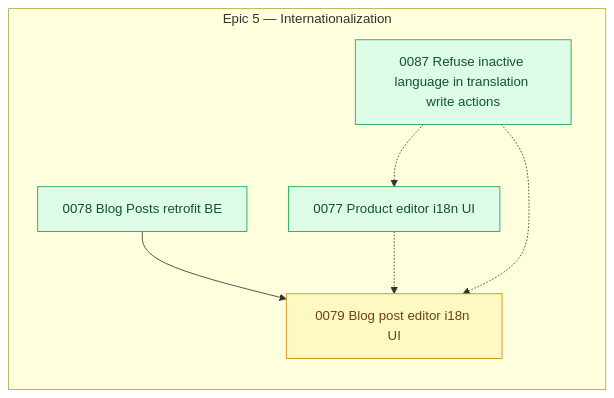
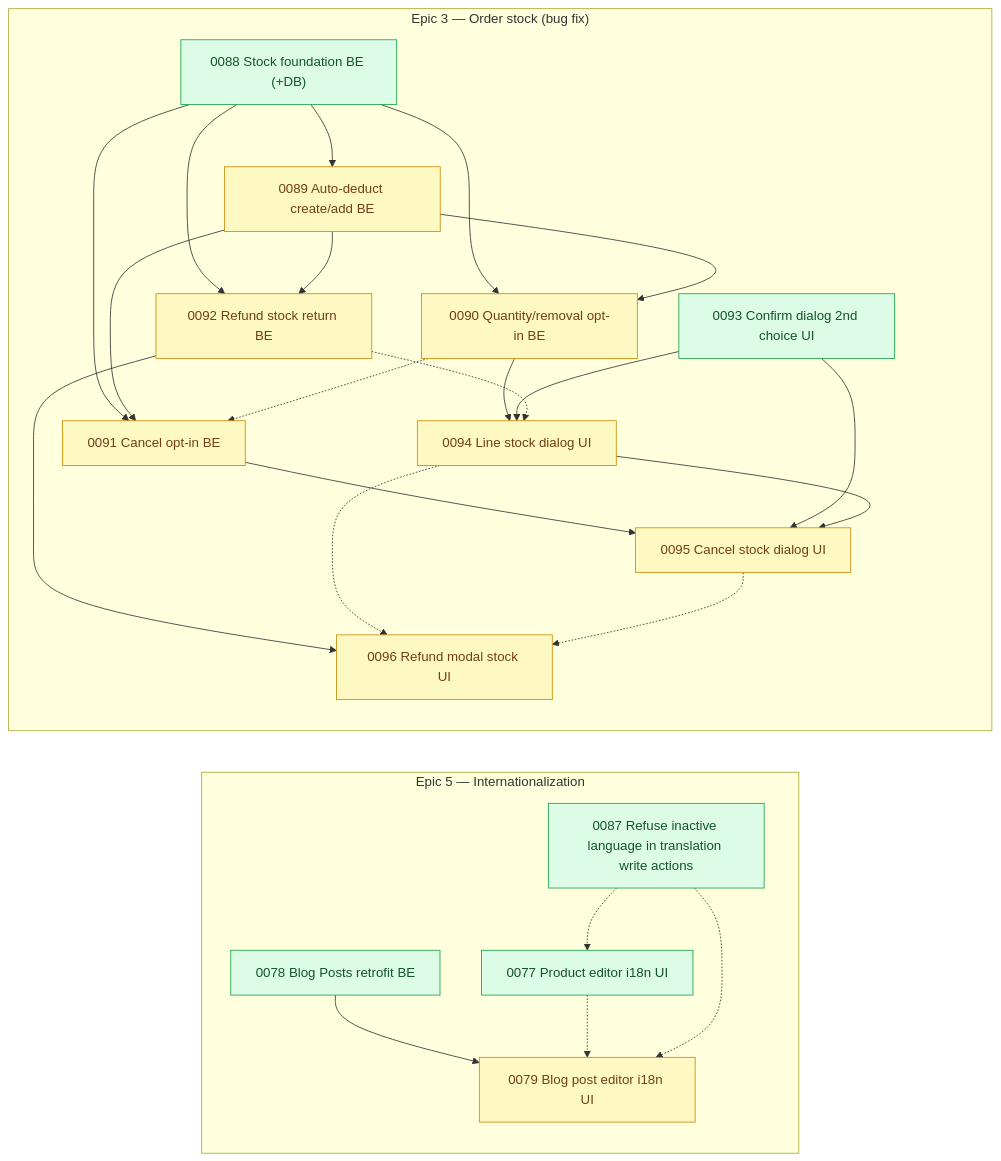
Before and after one commit to shojen/AI4Devs-finalproject: the diagram in arospe/ai-spec/tasks-map.md, drawn with Mermaid. The commit also changed other lines of this file and 10 other files, not shown here.

First line of the commit message:
docs(tasks): define stories 0088-0096 for order stock adjustment

```diff
--- a/arospe/ai-spec/tasks-map.md
+++ b/arospe/ai-spec/tasks-map.md
@@ -562,6 +573,38 @@
         P0078["0078 Blog Posts retrofit BE"]
         P0079["0079 Blog post editor i18n UI"]
     end
+
+    subgraph PEND_STOCK["Epic 3 — Order stock (bug fix)"]
+        direction TB
+        P0088["0088 Stock foundation BE (+DB)"]
+        P0089["0089 Auto-deduct create/add BE"]
+        P0090["0090 Quantity/removal opt-in BE"]
+        P0091["0091 Cancel opt-in BE"]
+        P0092["0092 Refund stock return BE"]
+        P0093["0093 Confirm dialog 2nd choice UI"]
+        P0094["0094 Line stock dialog UI"]
+        P0095["0095 Cancel stock dialog UI"]
+        P0096["0096 Refund modal stock UI"]
+    end
+    P0088 --> P0089
+    P0088 --> P0090
+    P0088 --> P0091
+    P0088 --> P0092
+    P0089 --> P0090
+    P0089 --> P0091
+    P0089 --> P0092
+    P0090 --> P0094
+    P0093 --> P0094
+    P0091 --> P0095
+    P0093 --> P0095
+    P0094 --> P0095
+    P0092 --> P0096
+    P0090 -.-> P0091
+    P0094 -.-> P0096
+    P0095 -.-> P0096
+    P0092 -.-> P0094
+    class P0088,P0093 ready;
+    class P0089,P0090,P0091,P0092,P0094,P0095,P0096 pending;
 
     %% Standalone (no PRD epic)
     %% (P0082's own node dropped: 0082 closed to done/ this pass, per the update at the top of this file.)
```
